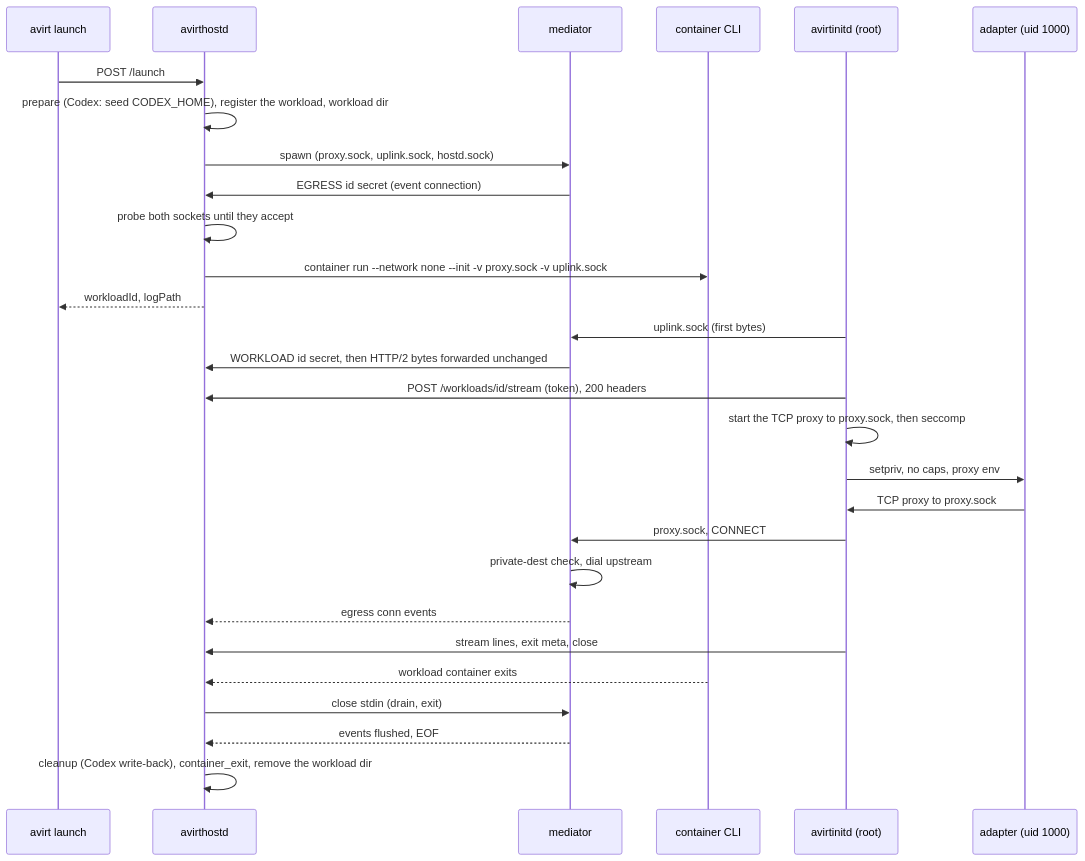
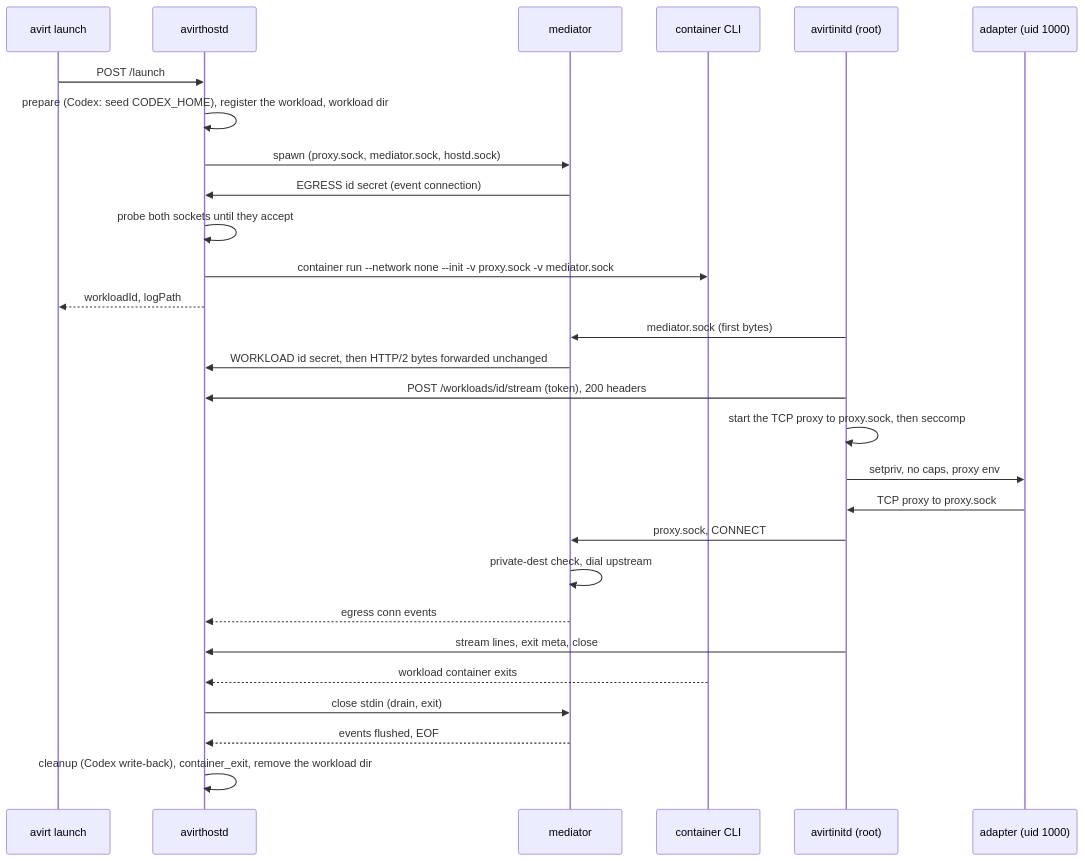
Before and after one commit to tbhb-dev/avirt: the diagram in docs/lifecycle.md, drawn with Mermaid. The commit also changed other lines of this file and 23 other files, not shown here.

First line of the commit message:
docs: run the edge proxy in an edge VM with Linux-only Envoy

````diff
--- a/docs/lifecycle.md
+++ b/docs/lifecycle.md
@@ -14,30 +14,30 @@
 ```mermaid
 sequenceDiagram
     participant CLI as avirt launch
     participant C as avirthostd
     participant S as mediator
     participant K as container CLI
     participant R as avirtinitd (root)
     participant A as adapter (uid 1000)
     CLI->>C: POST /launch
     C->>C: prepare (Codex: seed CODEX_HOME), register the workload, workload dir
-    C->>S: spawn (proxy.sock, uplink.sock, hostd.sock)
+    C->>S: spawn (proxy.sock, mediator.sock, hostd.sock)
     S->>C: EGRESS id secret (event connection)
     C->>C: probe both sockets until they accept
-    C->>K: container run --network none --init -v proxy.sock -v uplink.sock
+    C->>K: container run --network none --init -v proxy.sock -v mediator.sock
     C-->>CLI: workloadId, logPath
-    R->>S: uplink.sock (first bytes)
+    R->>S: mediator.sock (first bytes)
     S->>C: WORKLOAD id secret, then HTTP/2 bytes forwarded unchanged
     R->>C: POST /workloads/id/stream (token), 200 headers
     R->>R: start the TCP proxy to proxy.sock, then seccomp
     R->>A: setpriv, no caps, proxy env
     A->>R: TCP proxy to proxy.sock
     R->>S: proxy.sock, CONNECT
     S->>S: private-dest check, dial upstream
     S-->>C: egress conn events
     R->>C: stream lines, exit meta, close
     K-->>C: workload container exits
     C->>S: close stdin (drain, exit)
     S-->>C: events flushed, EOF
     C->>C: cleanup (Codex write-back), container_exit, remove the workload dir
 ```
````
